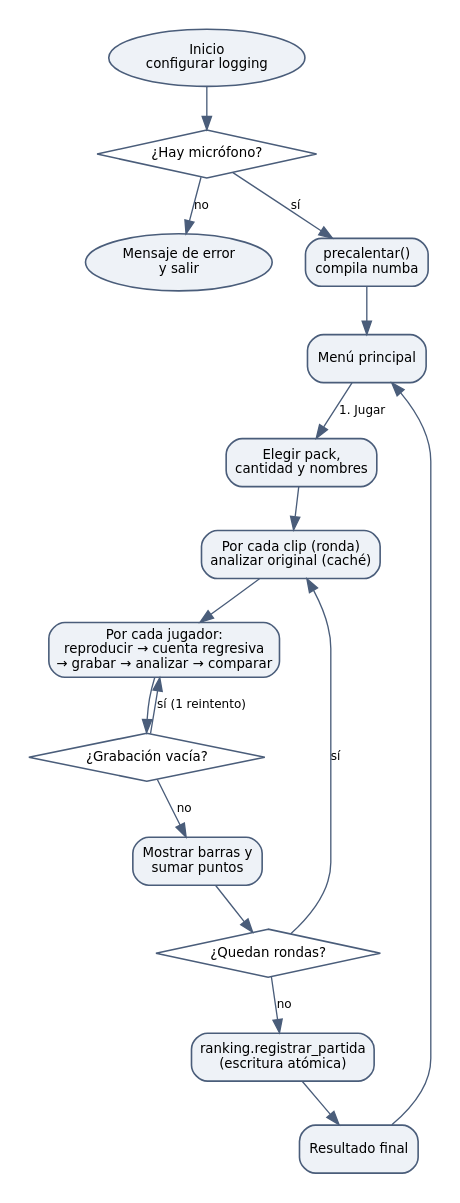
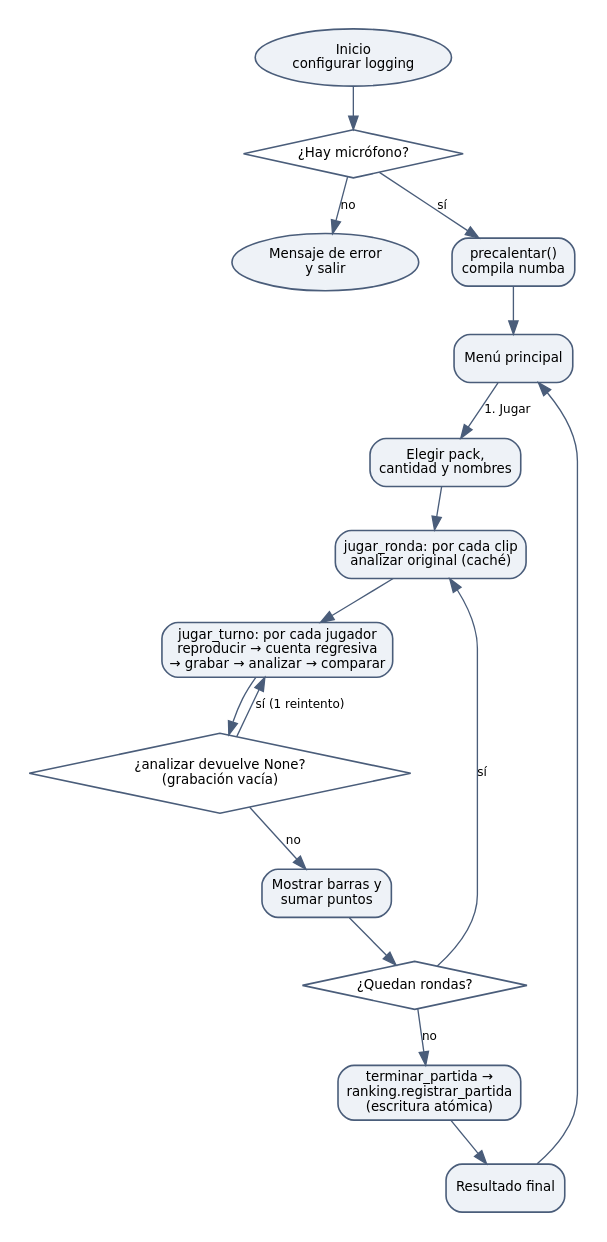
Before and after one commit to ikicillof/voicer-choiser: the diagram in docs/diagramas/flujo.dot, drawn with Graphviz. The commit also changed 6 other files, not shown here.

Commit message:
Actualizar documentación y diagramas

```diff
--- a/docs/diagramas/flujo.dot
+++ b/docs/diagramas/flujo.dot
@@ -1,7 +1,7 @@
 digraph G { graph [fontname="DejaVu Sans", fontsize=11, bgcolor="white", pad=0.2, nodesep=0.35, ranksep=0.45]; node [fontname="DejaVu Sans", fontsize=10, shape=box, style="rounded,filled", fillcolor="#EEF2F7", color="#4A5D7A", penwidth=1.2]; edge [fontname="DejaVu Sans", fontsize=9, color="#4A5D7A"]; rankdir=TB;
   ini [label="Inicio\nconfigurar logging", shape=oval]; mic [label="¿Hay micrófono?", shape=diamond, style=filled, fillcolor="#FFFFFF"]; fin0 [label="Mensaje de error\ny salir", shape=oval];
-  pre [label="precalentar()\ncompila numba"]; menu [label="Menú principal"]; cfg [label="Elegir pack,\ncantidad y nombres"]; ronda [label="Por cada clip (ronda)\nanalizar original (caché)"];
-  turno [label="Por cada jugador:\nreproducir → cuenta regresiva\n→ grabar → analizar → comparar"]; vacia [label="¿Grabación vacía?", shape=diamond, style=filled, fillcolor="#FFFFFF"]; pts [label="Mostrar barras y\nsumar puntos"];
-  mas [label="¿Quedan rondas?", shape=diamond, style=filled, fillcolor="#FFFFFF"]; save [label="ranking.registrar_partida\n(escritura atómica)"]; res [label="Resultado final"];
+  pre [label="precalentar()\ncompila numba"]; menu [label="Menú principal"]; cfg [label="Elegir pack,\ncantidad y nombres"]; ronda [label="jugar_ronda: por cada clip\nanalizar original (caché)"];
+  turno [label="jugar_turno: por cada jugador\nreproducir → cuenta regresiva\n→ grabar → analizar → comparar"]; vacia [label="¿analizar devuelve None?\n(grabación vacía)", shape=diamond, style=filled, fillcolor="#FFFFFF"]; pts [label="Mostrar barras y\nsumar puntos"];
+  mas [label="¿Quedan rondas?", shape=diamond, style=filled, fillcolor="#FFFFFF"]; save [label="terminar_partida →\nranking.registrar_partida\n(escritura atómica)"]; res [label="Resultado final"];
   ini->mic; mic->fin0 [label="no"]; mic->pre [label="sí"]; pre->menu; menu->cfg [label="1. Jugar"]; cfg->ronda->turno->vacia; vacia->turno [label="sí (1 reintento)"]; vacia->pts [label="no"]; pts->mas; mas->ronda [label="sí"]; mas->save [label="no"]; save->res->menu;
 }
```
